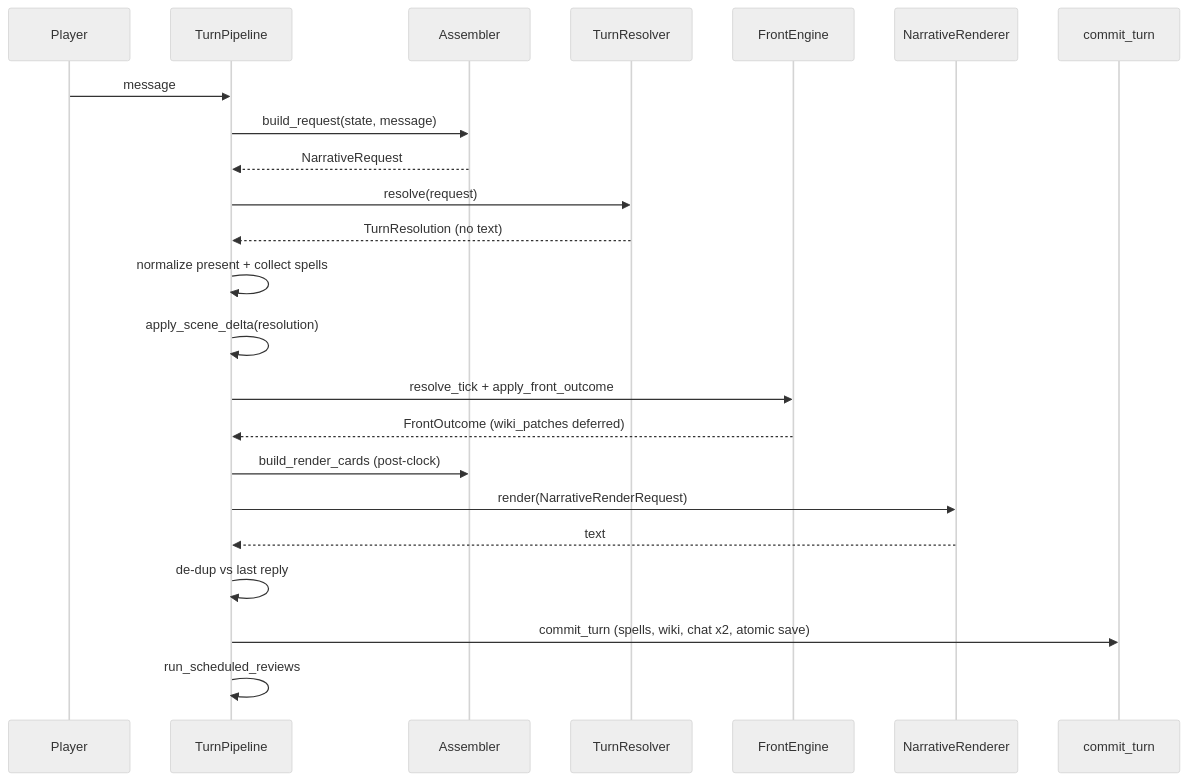
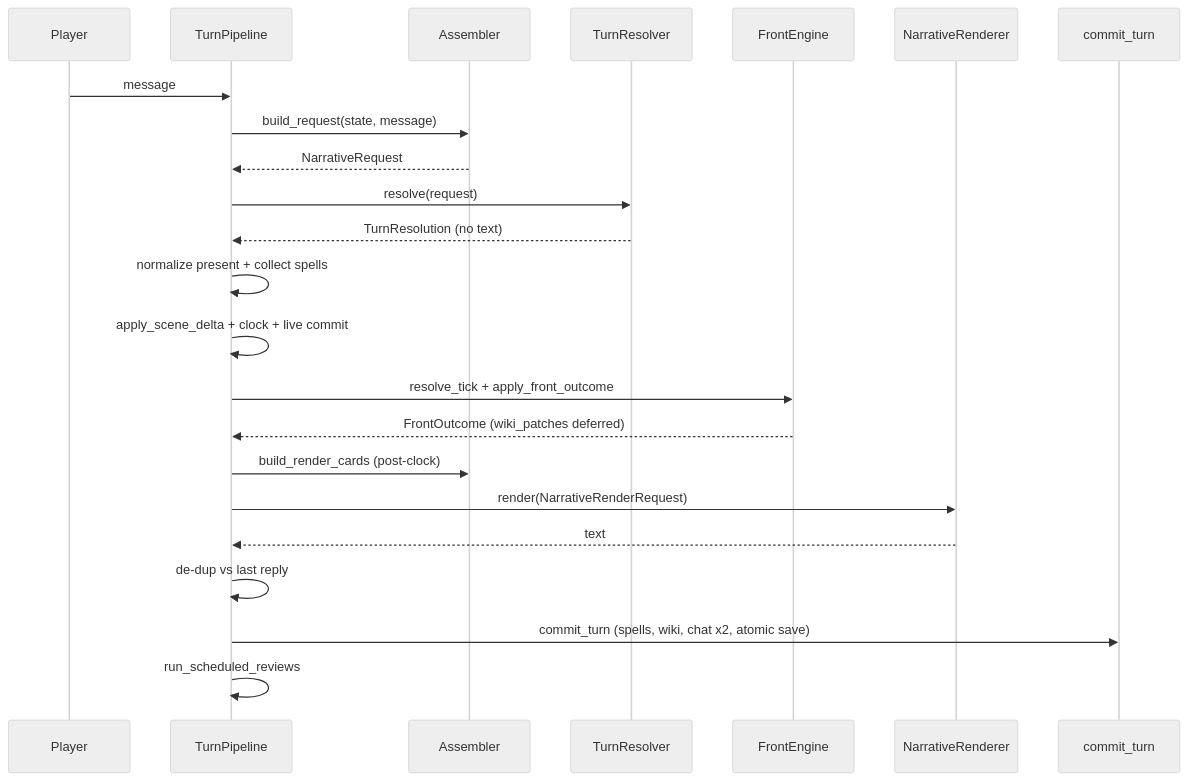
One commit to Velenofonte/iaSimulationStory changed the second of 10 diagrams in README.md. Above: the diagram before and after it, drawn with Mermaid (neutral theme). The commit also changed other lines of this file and 25 other files, not shown here.

````diff
--- a/README.md
+++ b/README.md
@@ -137,26 +164,26 @@
 ```mermaid
 sequenceDiagram
   participant U as Player
   participant P as TurnPipeline
   participant A as Assembler
   participant R1 as TurnResolver
   participant F as FrontEngine
   participant R2 as NarrativeRenderer
   participant S as commit_turn
 
   U->>P: message
   P->>A: build_request(state, message)
   A-->>P: NarrativeRequest
   P->>R1: resolve(request)
   R1-->>P: TurnResolution (no text)
   P->>P: normalize present + collect spells
-  P->>P: apply_scene_delta(resolution)
+  P->>P: apply_scene_delta + clock + live commit
   P->>F: resolve_tick + apply_front_outcome
   F-->>P: FrontOutcome (wiki_patches deferred)
   P->>A: build_render_cards (post-clock)
   P->>R2: render(NarrativeRenderRequest)
   R2-->>P: text
   P->>P: de-dup vs last reply
   P->>S: commit_turn (spells, wiki, chat x2, atomic save)
   P->>P: run_scheduled_reviews
 ```
````
